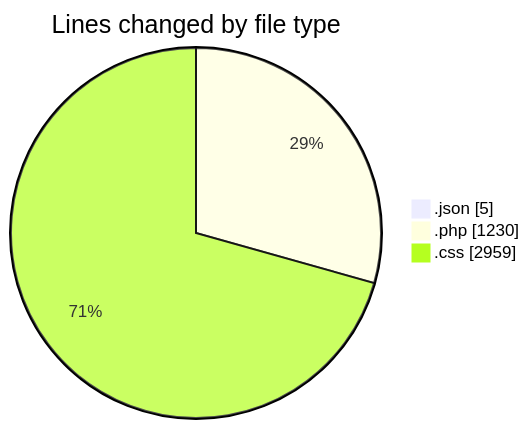
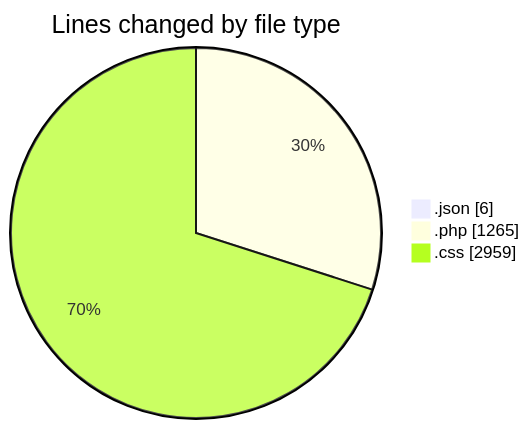
One commit to debugP/code-tracking changed the first of 2 diagrams in 2026-07-01/wp-content/README.md. Above: the diagram before and after it, drawn with Mermaid. The commit also changed other lines of this file and 1 other file, not shown here.

````diff
--- a/2026-07-01/wp-content/README.md
+++ b/2026-07-01/wp-content/README.md
@@ -31,7 +32,7 @@
 ```mermaid
 pie showData
 title Lines changed by file type
-".json" : 5
-".php" : 1230
+".json" : 6
+".php" : 1265
 ".css" : 2959
 ```
````
